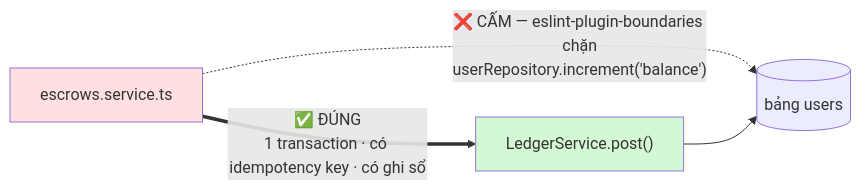
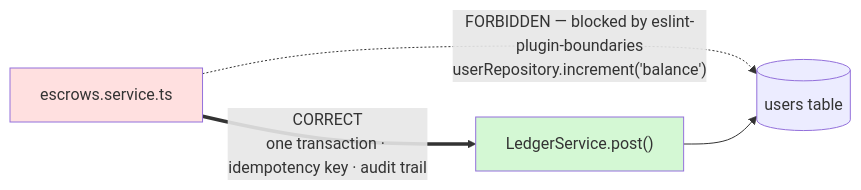
The fourth of 18 diagrams in docs/system-design/2026-08-06-zoldify-diagrams.md (tdat-dev/Zoldify_Backend), drawn with Mermaid before and after one commit. The commit also changed other lines of this file, not shown here.

````diff
--- a/docs/system-design/2026-08-06-zoldify-diagrams.md
+++ b/docs/system-design/2026-08-06-zoldify-diagrams.md
@@ -187,14 +199,14 @@
 ```mermaid
 flowchart LR
     escrow["escrows.service.ts"]
 
-    userRepo[("bảng users")]
+    userRepo[("users table")]
     ledger["LedgerService.post()"]
 
-    escrow -.->|"❌ CẤM — eslint-plugin-boundaries chặn<br/>userRepository.increment('balance')"| userRepo
-    escrow ==>|"✅ ĐÚNG<br/>1 transaction · có idempotency key · có ghi sổ"| ledger
+    escrow -.->|"FORBIDDEN — blocked by eslint-plugin-boundaries<br/>userRepository.increment('balance')"| userRepo
+    escrow ==>|"CORRECT<br/>one transaction · idempotency key · audit trail"| ledger
     ledger --> userRepo
 
     style escrow fill:#ffe0e0
     style ledger fill:#d4f8d4
 ```
````
